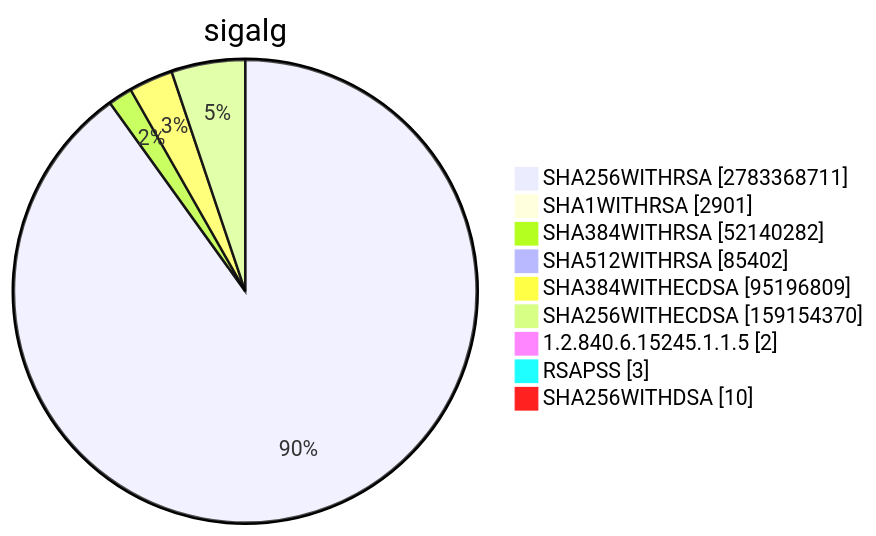
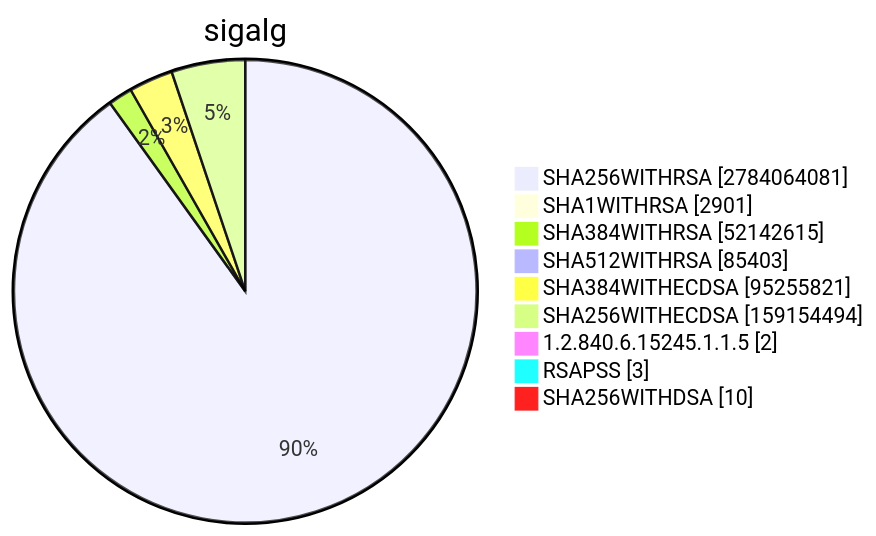
One commit to christiankrug/ctmonitor_visualization changed diagram 15 of 15 in TOTAL/README.md. Above: the diagram before and after it, drawn with Mermaid. The commit also changed other lines of this file, not shown here.

````diff
--- a/TOTAL/README.md
+++ b/TOTAL/README.md
@@ -6205,13 +6205,13 @@
 ```mermaid
 pie showData
 title sigalg
-"SHA256WITHRSA" :2783368711
+"SHA256WITHRSA" :2784064081
 "SHA1WITHRSA" :2901
-"SHA384WITHRSA" :52140282
-"SHA512WITHRSA" :85402
-"SHA384WITHECDSA" :95196809
-"SHA256WITHECDSA" :159154370
+"SHA384WITHRSA" :52142615
+"SHA512WITHRSA" :85403
+"SHA384WITHECDSA" :95255821
+"SHA256WITHECDSA" :159154494
 "1.2.840.6.15245.1.1.5" :2
 "RSAPSS" :3
 "SHA256WITHDSA" :10
 ```
````
